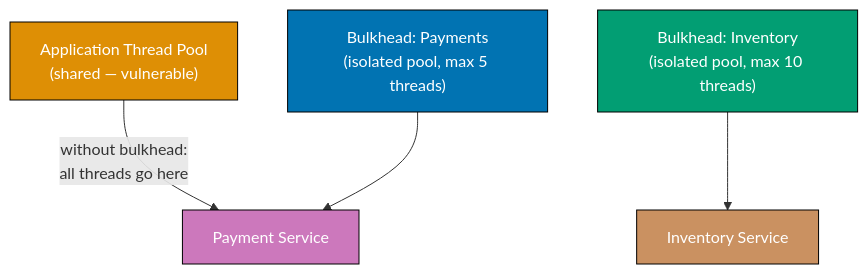
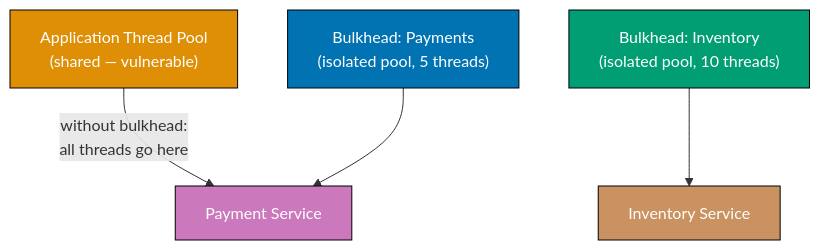
Before and after one commit to wahidyankf/open-sharia-enterprise: the eighth of 18 diagrams in apps/ayokoding-web/content/en/learn/software-engineering/software-architecture/patterns-and-principles/in-oop-by-example/advanced.md, drawn with Mermaid. The commit also changed other lines of this file and 11 other files, not shown here.

First line of the commit message:
fix(ayokoding-web): repair 28 mermaid violations in expansion files

````diff
--- a/apps/ayokoding-web/content/en/learn/software-engineering/software-architecture/patterns-and-principles/in-oop-by-example/advanced.md
+++ b/apps/ayokoding-web/content/en/learn/software-engineering/software-architecture/patterns-and-principles/in-oop-by-example/advanced.md
@@ -2029,18 +2037,18 @@
 ```mermaid
 graph TD
     App["Application Thread Pool<br/>(shared — vulnerable)"]
-    BH1["Bulkhead: Payments<br/>(isolated pool, max 5 threads)"]
-    BH2["Bulkhead: Inventory<br/>(isolated pool, max 10 threads)"]
+    BH1["Bulkhead: Payments<br/>(isolated pool, 5 threads)"]
+    BH2["Bulkhead: Inventory<br/>(isolated pool, 10 threads)"]
     P["Payment Service"]
     I["Inventory Service"]
 
     App -->|"without bulkhead:<br/>all threads go here"| P
     BH1 --> P
     BH2 --> I
 
     style App fill:#DE8F05,stroke:#000,color:#fff
     style BH1 fill:#0173B2,stroke:#000,color:#fff
     style BH2 fill:#029E73,stroke:#000,color:#fff
     style P fill:#CC78BC,stroke:#000,color:#fff
     style I fill:#CA9161,stroke:#000,color:#fff
 ```
````
